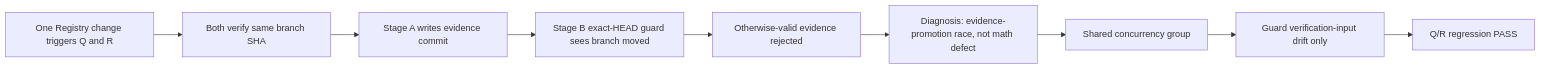
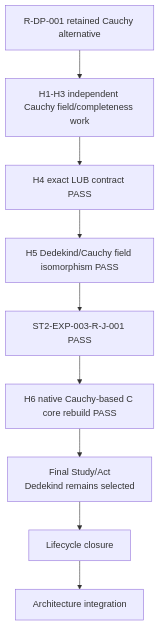
One commit to Scientifica-eng/BOMA changed the second of 2 diagrams in LAB/00_ARCHITECTURE/views/LEARNING_GRAPH_VIEW.md. Above: the diagram before and after it, drawn with Mermaid. The commit also changed other lines of this file, not shown here.

Commit message:
docs(view): extend Learning Graph through closed Stage-Two integration

````diff
--- a/LAB/00_ARCHITECTURE/views/LEARNING_GRAPH_VIEW.md
+++ b/LAB/00_ARCHITECTURE/views/LEARNING_GRAPH_VIEW.md
@@ -251,14 +206,13 @@
 ```mermaid
-flowchart LR
-  E0[One Registry change triggers Q and R]
-  E1[Both verify same branch SHA]
-  E2[Stage A writes evidence commit]
-  E3[Stage B exact-HEAD guard sees branch moved]
-  E4[Otherwise-valid evidence rejected]
-  E5[Diagnosis: evidence-promotion race, not math defect]
-  E6[Shared concurrency group]
-  E7[Guard verification-input drift only]
-  E8[Q/R regression PASS]
-
-  E0 --> E1 --> E2 --> E3 --> E4 --> E5 --> E6 --> E7 --> E8
+flowchart TD
+  A[R-DP-001 retained Cauchy alternative]
+  H1[H1-H3 independent Cauchy field/completeness work]
+  H4[H4 exact LUB contract PASS]
+  H5[H5 Dedekind/Cauchy field isomorphism PASS]
+  J[ST2-EXP-003-R-J-001 PASS]
+  H6[H6 native Cauchy-based C core rebuild PASS]
+  S[Final Study/Act\nDedekind remains selected]
+  CL[Lifecycle closure]
+  I[Architecture integration]
+  A --> H1 --> H4 --> H5 --> J --> H6 --> S --> CL --> I
 ```
````
